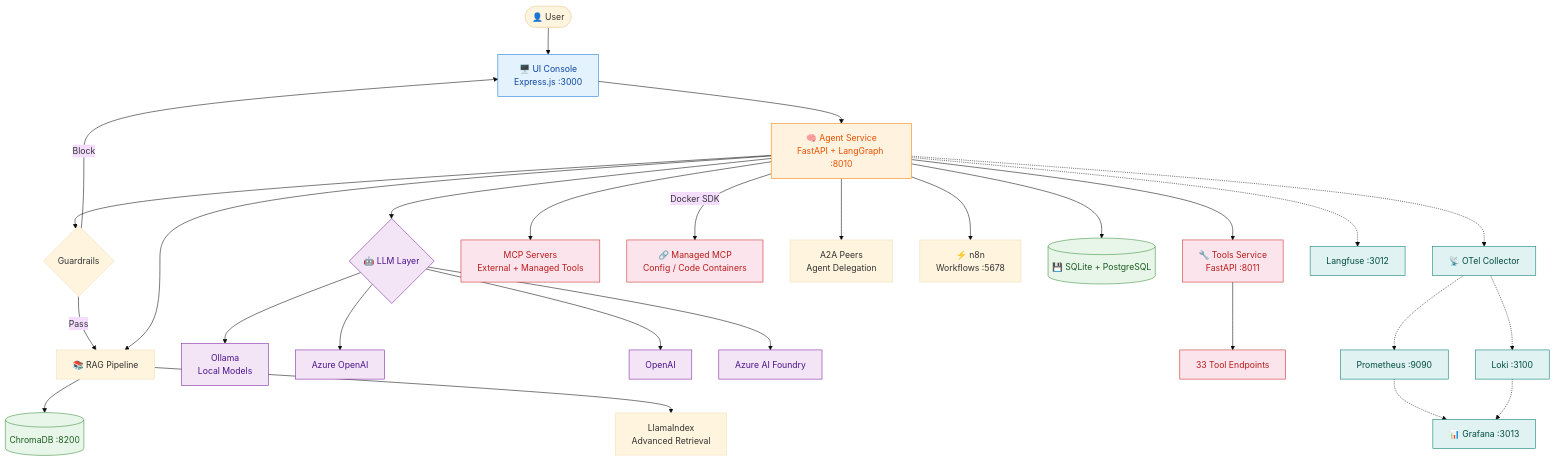
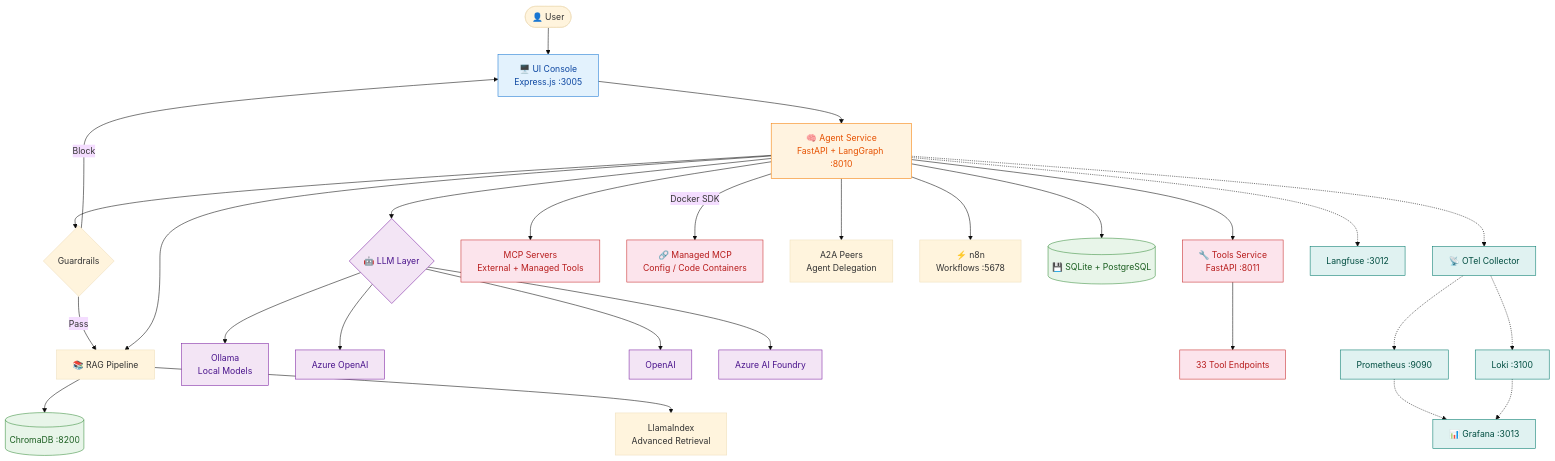
Before and after one commit to rachit0412/agentic-platform: the diagram in docs/architecture-diagram.md, drawn with Mermaid (base theme). The commit also changed other lines of this file and 6 other files, not shown here.

````diff
--- a/docs/architecture-diagram.md
+++ b/docs/architecture-diagram.md
@@ -3,50 +3,50 @@
 ```mermaid
 flowchart TD
-    User([👤 User]) --> UI[🖥️ UI Console<br/>Express.js :3000]
+    User([👤 User]) --> UI[🖥️ UI Console<br/>Express.js :3005]
     UI --> Agent[🧠 Agent Service<br/>FastAPI + LangGraph :8010]
 
     Agent --> Guards{Guardrails}
     Guards -->|Pass| RAG
     Guards -->|Block| UI
 
     Agent --> RAG[📚 RAG Pipeline]
     RAG --> Chroma[(ChromaDB :8200)]
     RAG --> LlamaIdx[LlamaIndex<br/>Advanced Retrieval]
 
     Agent --> LLM{🤖 LLM Layer}
     LLM --> Ollama[Ollama<br/>Local Models]
     LLM --> AzureOAI[Azure OpenAI]
     LLM --> OpenAI[OpenAI]
     LLM --> Foundry[Azure AI Foundry]
 
     Agent --> Tools[🔧 Tools Service<br/>FastAPI :8011]
     Tools --> BuiltIn[33 Tool Endpoints]
 
     Agent --> MCP[MCP Servers<br/>External + Managed Tools]
     Agent -->|Docker SDK| ManagedMCP[🔗 Managed MCP<br/>Config / Code Containers]
     Agent --> A2A[A2A Peers<br/>Agent Delegation]
     Agent --> N8N[⚡ n8n<br/>Workflows :5678]
 
     Agent --> Data[(💾 SQLite + PostgreSQL)]
 
     Agent -.-> OTel[📡 OTel Collector]
     Agent -.-> Langfuse[Langfuse :3012]
     OTel -.-> Prom[Prometheus :9090]
     OTel -.-> Loki[Loki :3100]
     Prom -.-> Grafana[📊 Grafana :3013]
     Loki -.-> Grafana
 
     classDef frontend fill:#e3f2fd,stroke:#1976d2,color:#0d47a1
     classDef agent fill:#fff3e0,stroke:#f57c00,color:#e65100
     classDef llm fill:#f3e5f5,stroke:#7b1fa2,color:#4a148c
     classDef data fill:#e8f5e9,stroke:#388e3c,color:#1b5e20
     classDef obs fill:#e0f2f1,stroke:#00796b,color:#004d40
     classDef tools fill:#fce4ec,stroke:#c62828,color:#b71c1c
 
     class UI frontend
     class Agent agent
     class LLM,Ollama,AzureOAI,OpenAI,Foundry llm
     class Data,Chroma data
     class OTel,Langfuse,Prom,Loki,Grafana obs
     class Tools,BuiltIn,MCP,ManagedMCP tools
 ```
````
